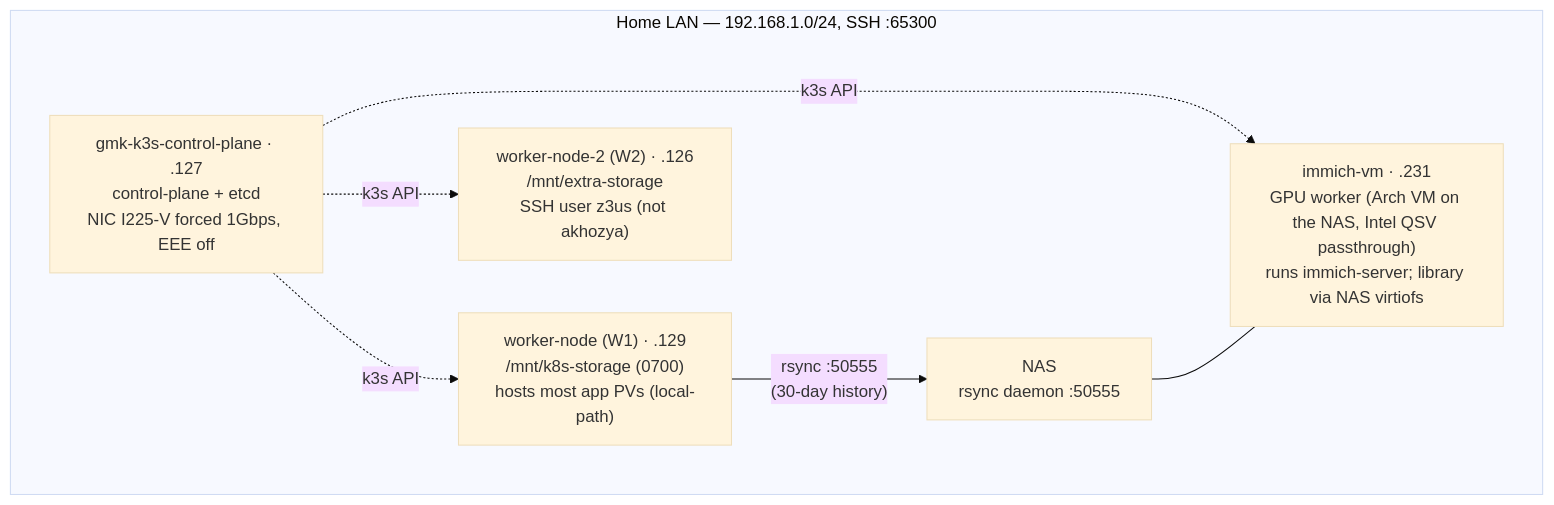
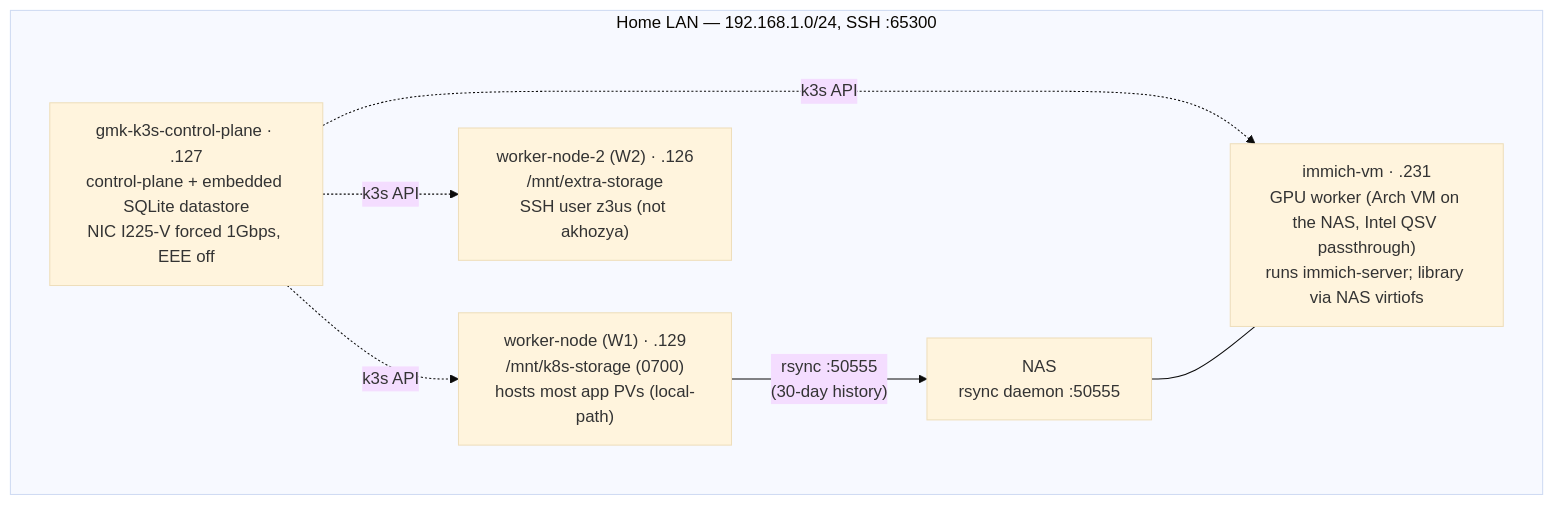
One commit to AKhozya/homelab changed the first of 4 diagrams in docs/ARCHITECTURE.md. Above: the diagram before and after it, drawn with Mermaid (base theme). The commit also changed other lines of this file and 80 other files, not shown here.

````diff
--- a/docs/ARCHITECTURE.md
+++ b/docs/ARCHITECTURE.md
@@ -22,15 +22,15 @@
 ```mermaid
 flowchart TB
   subgraph LAN["Home LAN — 192.168.1.0/24, SSH :65300"]
-    CP["gmk-k3s-control-plane · .127<br/>control-plane + etcd<br/>NIC I225-V forced 1Gbps, EEE off"]
+    CP["gmk-k3s-control-plane · .127<br/>control-plane + embedded SQLite datastore<br/>NIC I225-V forced 1Gbps, EEE off"]
     W1["worker-node (W1) · .129<br/>/mnt/k8s-storage (0700)<br/>hosts most app PVs (local-path)"]
     W2["worker-node-2 (W2) · .126<br/>/mnt/extra-storage<br/>SSH user z3us (not akhozya)"]
     NAS["NAS<br/>rsync daemon :50555"]
     VM["immich-vm · .231<br/>GPU worker (Arch VM on the NAS, Intel QSV passthrough)<br/>runs immich-server; library via NAS virtiofs"]
   end
   CP -. k3s API .-> W1
   CP -. k3s API .-> W2
   CP -. k3s API .-> VM
   NAS --- VM
   W1 -->|"rsync :50555<br/>(30-day history)"| NAS
 ```
````
